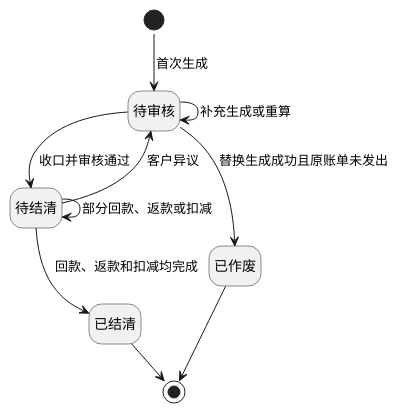
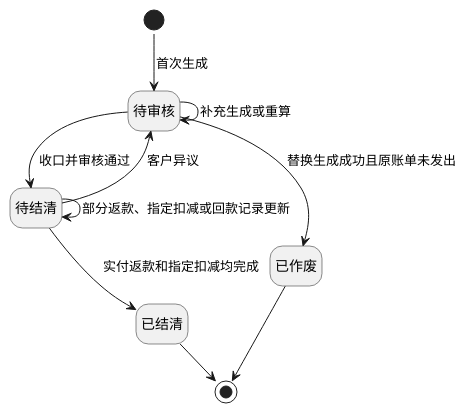
Before and after one commit to jack888332/projects-doc: the diagram in product-caliber/bms/prd/账单系统/PRD.账单系统.第012篇.返款账单.A4A4EF02F0.md, drawn with PlantUML. The commit also changed other lines of this file and 10 other files, not shown here.

````diff
--- a/product-caliber/bms/prd/账单系统/PRD.账单系统.第012篇.返款账单.A4A4EF02F0.md
+++ b/product-caliber/bms/prd/账单系统/PRD.账单系统.第012篇.返款账单.A4A4EF02F0.md
@@ -302,21 +323,21 @@
 ```plantuml
 @startuml
 !pragma layout smetana
 hide empty description
 
 state "待审核" as PendingReview
 state "待结清" as PendingSettlement
 state "已结清" as Settled
 state "已作废" as Voided
 
 [*] --> PendingReview : 首次生成
 PendingReview --> PendingReview : 补充生成或重算
 PendingReview --> Voided : 替换生成成功且原账单未发出
 PendingReview --> PendingSettlement : 收口并审核通过
 PendingSettlement --> PendingReview : 客户异议
-PendingSettlement --> PendingSettlement : 部分回款、返款或扣减
-PendingSettlement --> Settled : 回款、返款和扣减均完成
+PendingSettlement --> PendingSettlement : 部分返款、指定扣减或回款记录更新
+PendingSettlement --> Settled : 实付返款和指定扣减均完成
 Settled --> [*]
 Voided --> [*]
 @enduml
 ```
````
